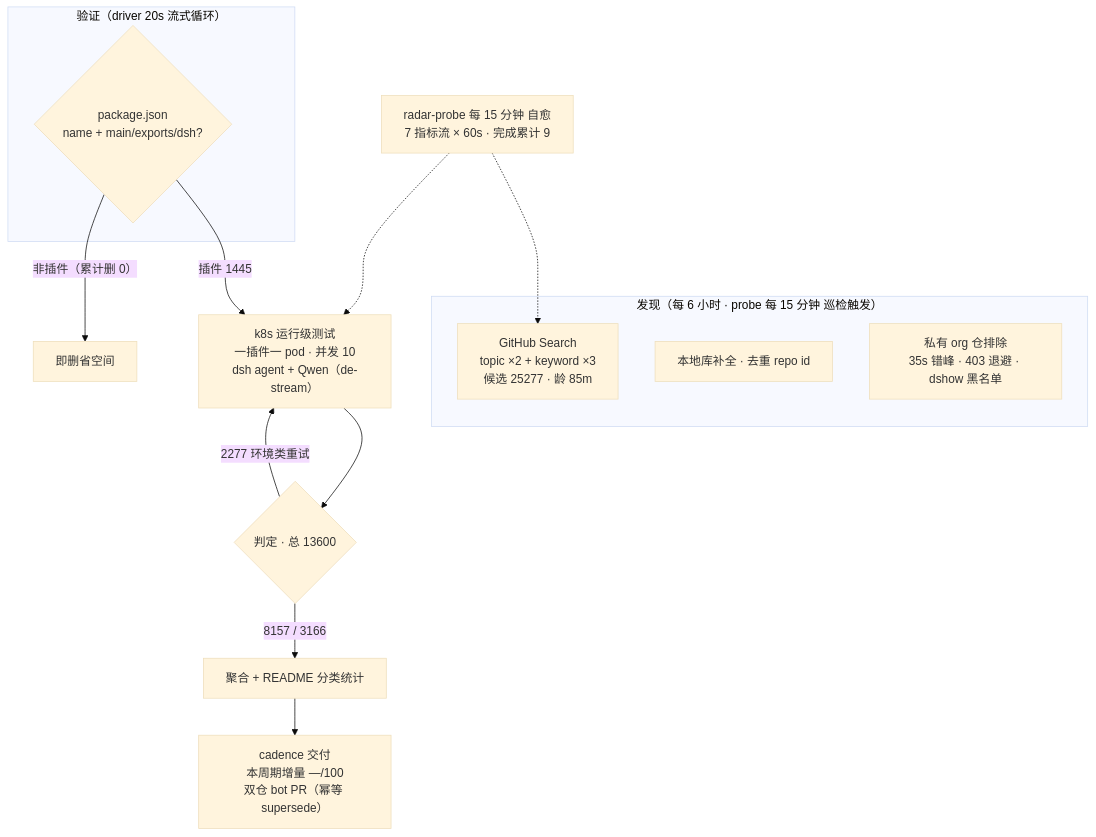
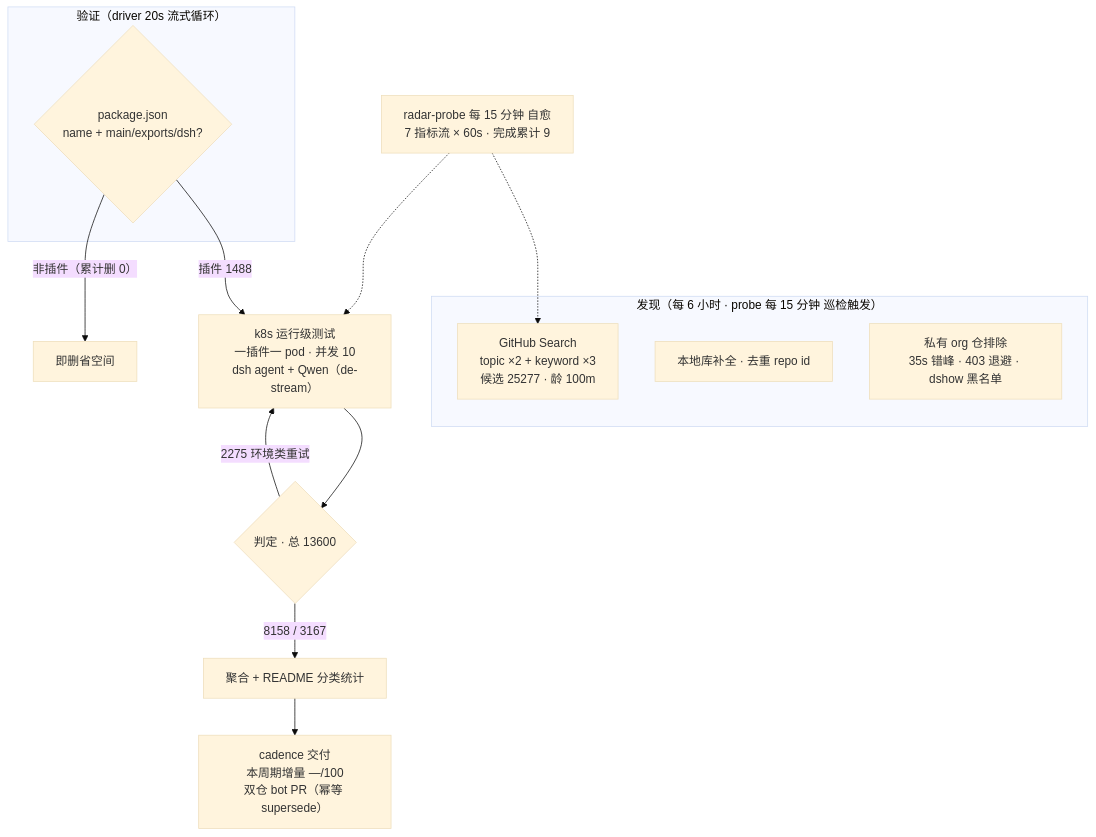
Before and after one commit to Zhidao-Lab-OSS/awesome-dsh-plugins: the diagram in README.md, drawn with Mermaid (base theme). The commit also changed other lines of this file and 1 other file, not shown here.

````diff
--- a/README.md
+++ b/README.md
@@ -99,20 +99,20 @@
 ```mermaid
 flowchart TB
     subgraph Discovery["发现（每 6 小时 · probe 每 15 分钟 巡检触发）"]
-        A1["GitHub Search<br/>topic ×2 + keyword ×3<br/>候选 25277 · 龄 85m"]
+        A1["GitHub Search<br/>topic ×2 + keyword ×3<br/>候选 25277 · 龄 100m"]
         A2["本地库补全 · 去重 repo id"]
         A3["私有 org 仓排除<br/>35s 错峰 · 403 退避 · dshow 黑名单"]
     end
     subgraph Validation["验证（driver 20s 流式循环）"]
         B1{"package.json<br/>name + main/exports/dsh?"}
     end
-    B1 -->|"插件 1445"| C1["k8s 运行级测试<br/>一插件一 pod · 并发 10<br/>dsh agent + Qwen（de-stream）"]
+    B1 -->|"插件 1488"| C1["k8s 运行级测试<br/>一插件一 pod · 并发 10<br/>dsh agent + Qwen（de-stream）"]
     B1 -->|"非插件（累计删 0）"| B3["即删省空间"]
     C1 --> D1{"判定 · 总 13600"}
-    D1 -->|"8157 / 3166"| E1["聚合 + README 分类统计"]
-    D1 -->|"2277 环境类重试"| C1
+    D1 -->|"8158 / 3167"| E1["聚合 + README 分类统计"]
+    D1 -->|"2275 环境类重试"| C1
     E1 --> E2["cadence 交付<br/>本周期增量 —/100<br/>双仓 bot PR（幂等 supersede）"]
     M["radar-probe 每 15 分钟 自愈<br/>7 指标流 × 60s · 完成累计 9"]
     M -.-> A1
     M -.-> C1
 ```
````
